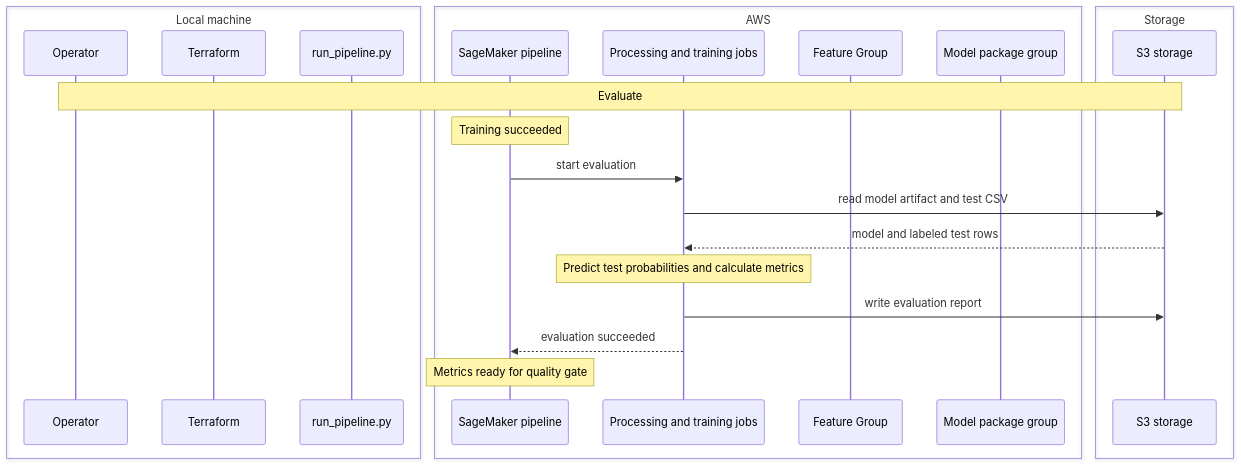
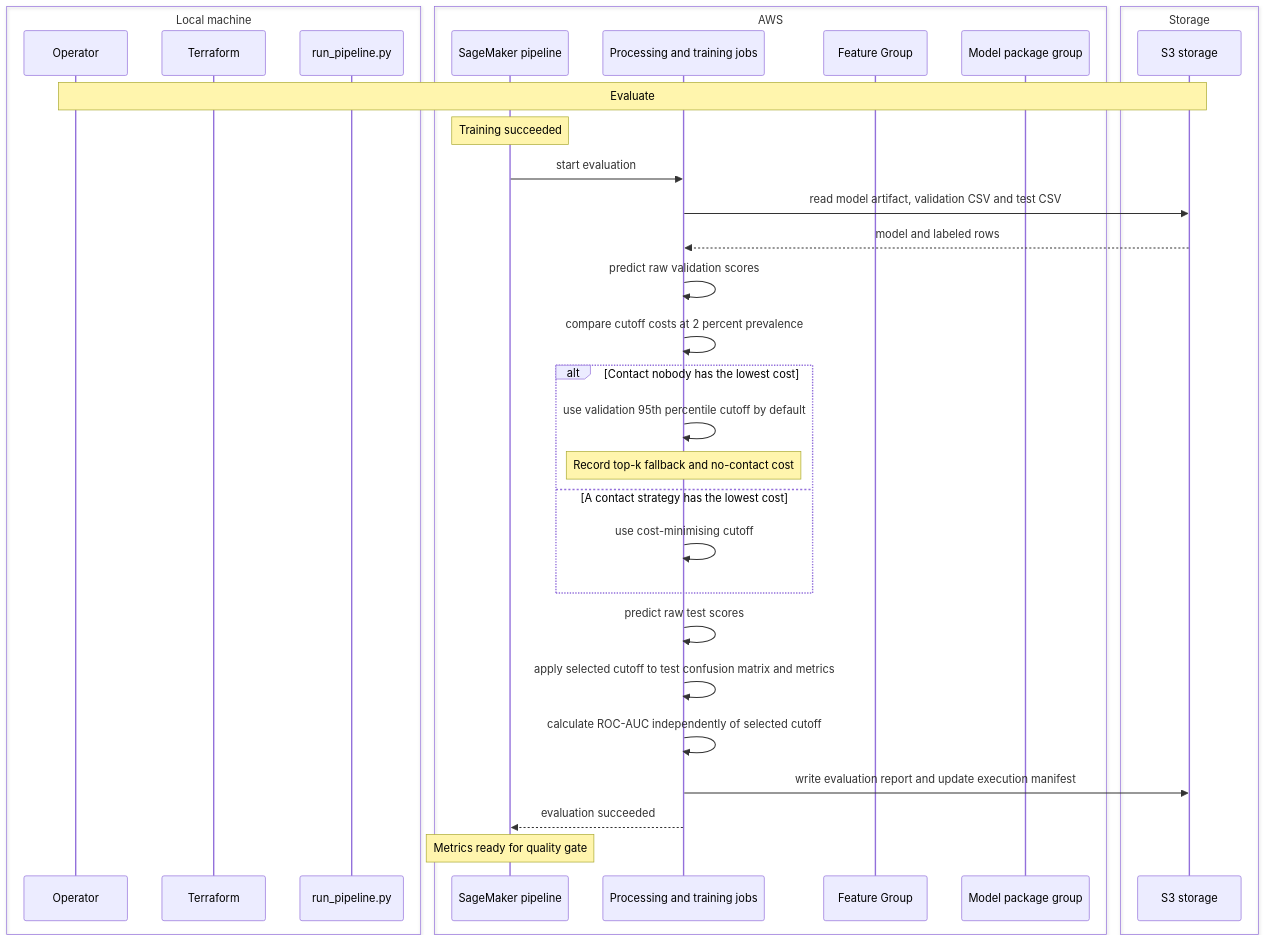
The diagram in Documentation/Pipeline/Children/Pipeline/Resources/SequenceDiagram_Action_5.md (MaximeBoulat/customer-churn-pipeline), drawn with Mermaid before and after one commit. The commit also changed 6 other files, not shown here.

````diff
--- a/Documentation/Pipeline/Children/Pipeline/Resources/SequenceDiagram_Action_5.md
+++ b/Documentation/Pipeline/Children/Pipeline/Resources/SequenceDiagram_Action_5.md
@@ -1,26 +1,36 @@
 ```mermaid
 sequenceDiagram
     box Local machine
         participant Operator
         participant Terraform
         participant Launcher as run_pipeline.py
     end
     box AWS
         participant Pipeline as SageMaker pipeline
         participant Jobs as Processing and training jobs
         participant Group as Feature Group
         participant Registry as Model package group
     end
     box Storage
         participant S3 as S3 storage
     end
     Note over Operator,S3: Evaluate
     Note over Pipeline: Training succeeded
     Pipeline->>Jobs: start evaluation
-    Jobs->>S3: read model artifact and test CSV
-    S3-->>Jobs: model and labeled test rows
-    Note over Jobs: Predict test probabilities and calculate metrics
-    Jobs->>S3: write evaluation report
+    Jobs->>S3: read model artifact, validation CSV and test CSV
+    S3-->>Jobs: model and labeled rows
+    Jobs->>Jobs: predict raw validation scores
+    Jobs->>Jobs: compare cutoff costs at 2 percent prevalence
+    alt Contact nobody has the lowest cost
+        Jobs->>Jobs: use validation 95th percentile cutoff by default
+        Note over Jobs: Record top-k fallback and no-contact cost
+    else A contact strategy has the lowest cost
+        Jobs->>Jobs: use cost-minimising cutoff
+    end
+    Jobs->>Jobs: predict raw test scores
+    Jobs->>Jobs: apply selected cutoff to test confusion matrix and metrics
+    Jobs->>Jobs: calculate ROC-AUC independently of selected cutoff
+    Jobs->>S3: write evaluation report and update execution manifest
     Jobs-->>Pipeline: evaluation succeeded
     Note over Pipeline: Metrics ready for quality gate
 ```
````
